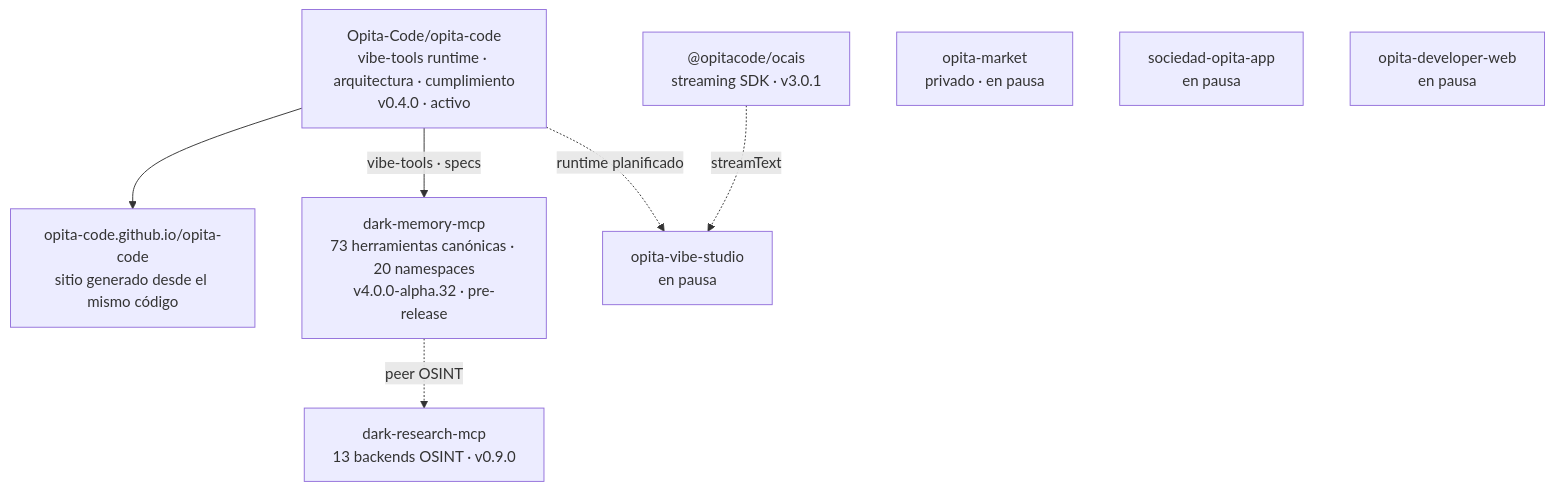
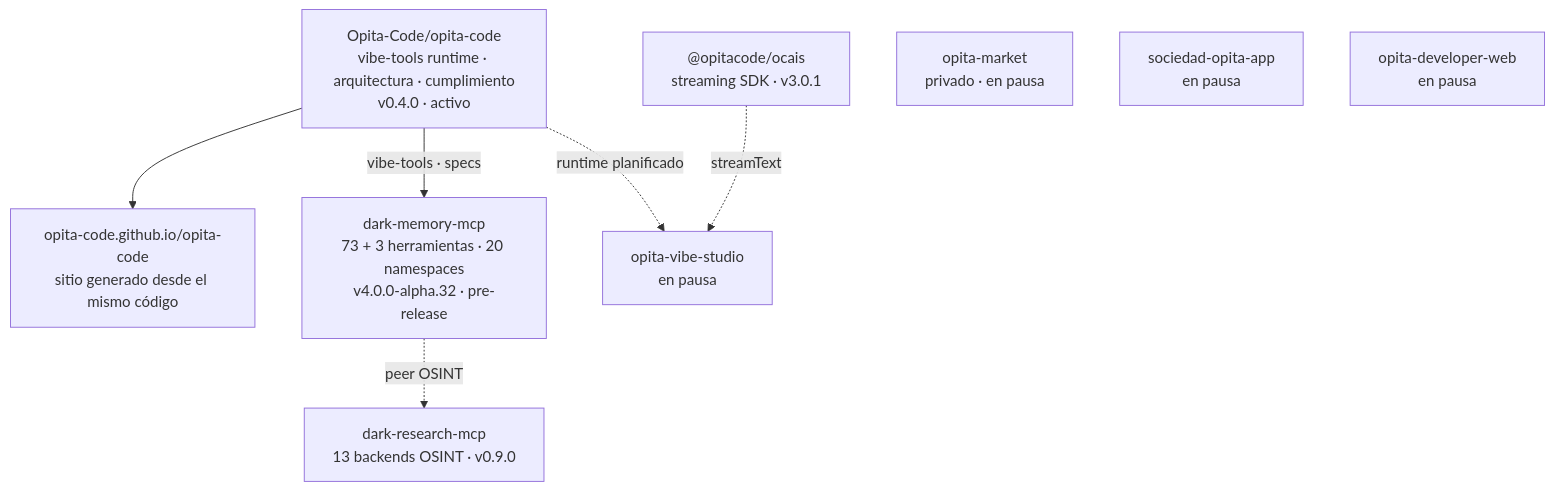
Before and after one commit to Opita-Code/.github: the diagram in profile/README.md, drawn with Mermaid. The commit also changed other lines of this file, not shown here.

````diff
--- a/profile/README.md
+++ b/profile/README.md
@@ -102,18 +100,18 @@
 ```mermaid
 graph TD
     CODE["Opita-Code/opita-code<br/>vibe-tools runtime · arquitectura · cumplimiento<br/>v0.4.0 · activo"]
     SITE["opita-code.github.io/opita-code<br/>sitio generado desde el mismo código"]
-    DM["dark-memory-mcp<br/>73 herramientas canónicas · 20 namespaces<br/>v4.0.0-alpha.32 · pre-release"]
+    DM["dark-memory-mcp<br/>73 + 3 herramientas · 20 namespaces<br/>v4.0.0-alpha.32 · pre-release"]
     DR["dark-research-mcp<br/>13 backends OSINT · v0.9.0"]
     SDK["@opitacode/ocais<br/>streaming SDK · v3.0.1"]
     VS["opita-vibe-studio<br/>en pausa"]
     MK["opita-market<br/>privado · en pausa"]
     SO["sociedad-opita-app<br/>en pausa"]
     DEV["opita-developer-web<br/>en pausa"]
 
     CODE --> SITE
     CODE -->|"vibe-tools · specs"| DM
     DM -.->|"peer OSINT"| DR
     CODE -.->|"runtime planificado"| VS
     SDK -.->|"streamText"| VS
 ```
````
